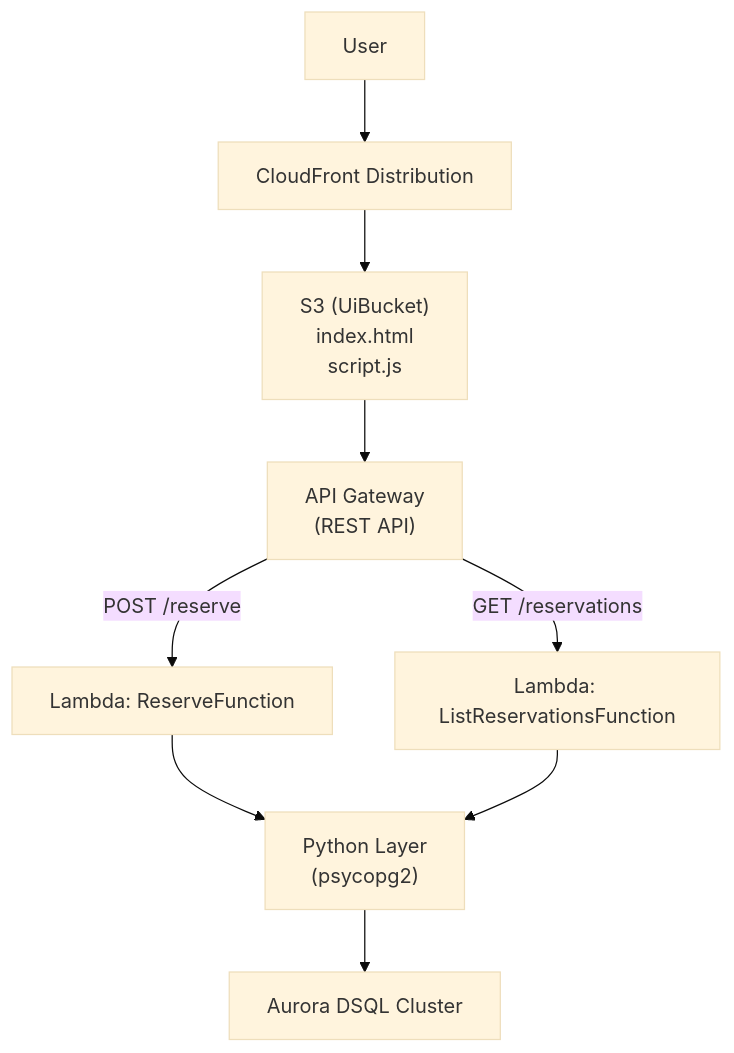
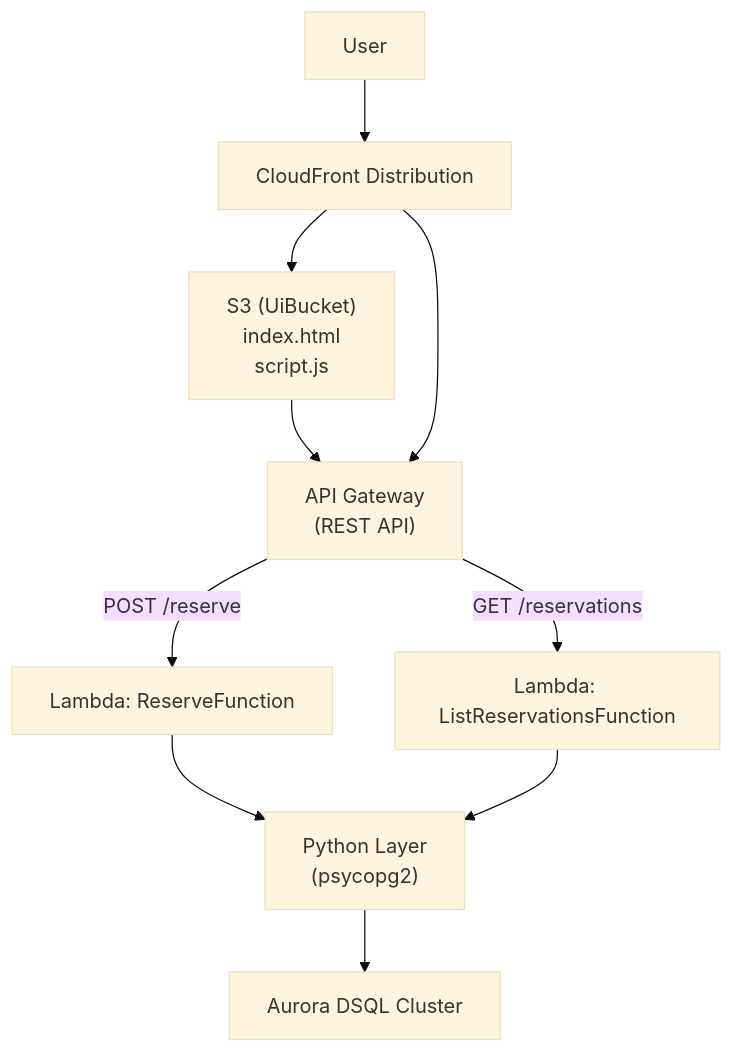
The diagram in README.md (hatanoyoshihiko/dsql-reservation), drawn with Mermaid (base theme) before and after one commit.

````diff
--- a/README.md
+++ b/README.md
@@ -7,24 +7,25 @@
 ```mermaid
 graph TD
   User["User"]
   CF["CloudFront Distribution"]
   S3["S3 (UiBucket)<br>index.html<BR>script.js"]
   API["API Gateway<br>(REST API)"]
   LambdaList["Lambda: ListReservationsFunction"]
   LambdaReserve["Lambda: ReserveFunction"]
   DSQL["Aurora DSQL Cluster"]
   Layer["Python Layer<br>(psycopg2)"]
 
   User --> CF
   CF --> S3
   S3 --> API
+  CF --> API
 
   API -->|GET /reservations| LambdaList
   API -->|POST /reserve| LambdaReserve
 
   LambdaReserve --> Layer
   LambdaList --> Layer
   
   Layer --> DSQL
 
 ```
````
